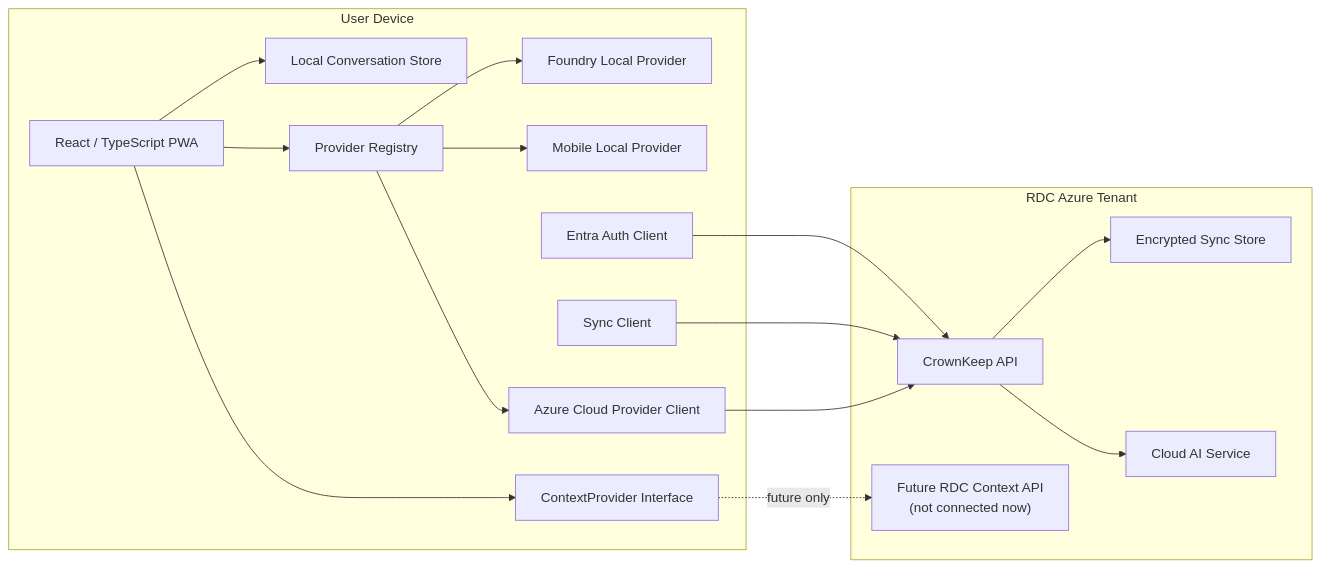
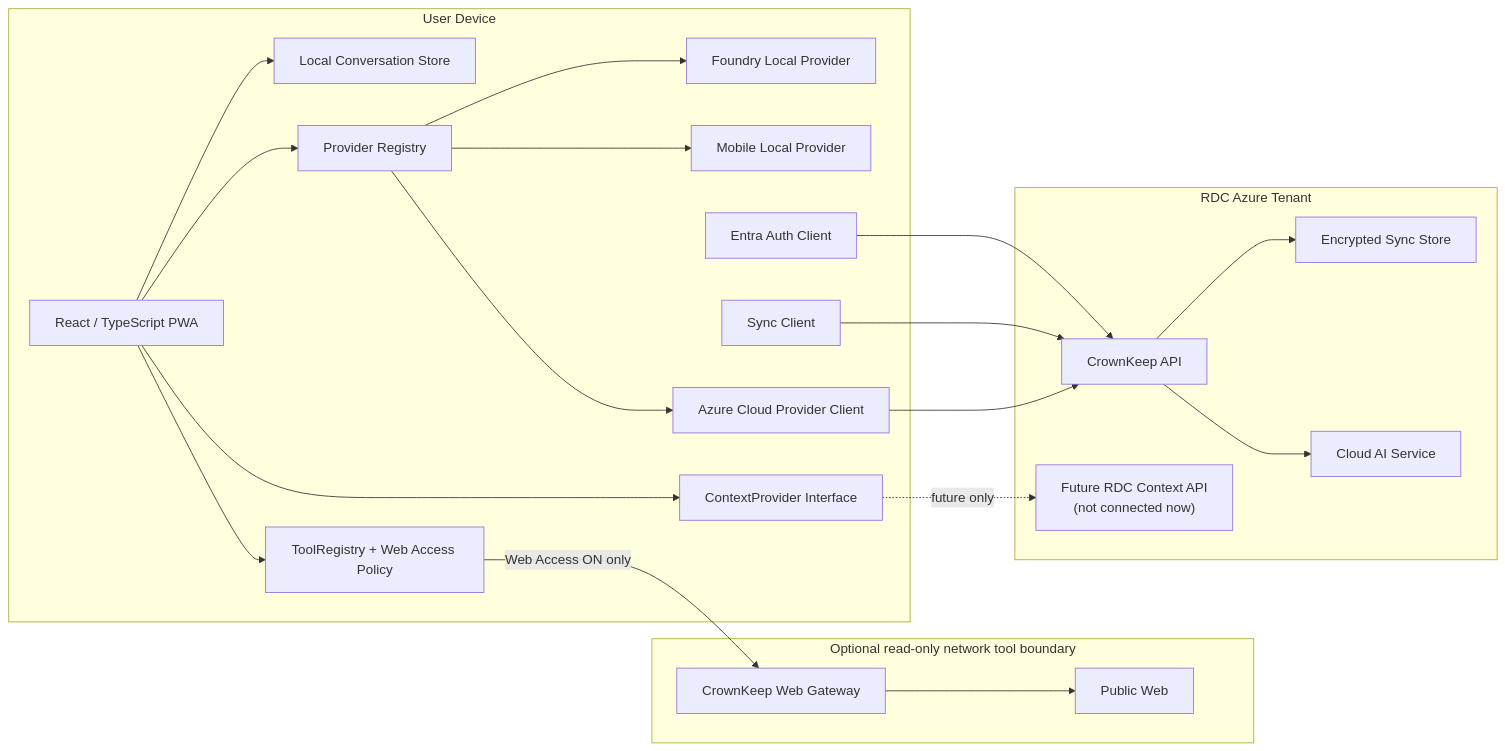
Before and after one commit to dakROLO/rdc-ai: the diagram in docs/ARCHITECTURE.md, drawn with Mermaid. The commit also changed other lines of this file, not shown here.

Commit message:
Document provider-neutral Web Access architecture

````diff
--- a/docs/ARCHITECTURE.md
+++ b/docs/ARCHITECTURE.md
@@ -5,36 +5,45 @@
 ```mermaid
 flowchart LR
     subgraph Device["User Device"]
         UI["React / TypeScript PWA"]
         DB["Local Conversation Store"]
         PR["Provider Registry"]
         FL["Foundry Local Provider"]
         WL["Mobile Local Provider"]
         AF["Azure Cloud Provider Client"]
         SY["Sync Client"]
         AU["Entra Auth Client"]
         CP["ContextProvider Interface"]
+        TR["ToolRegistry + Web Access Policy"]
+    end
+
+    subgraph WebBoundary["Optional read-only network tool boundary"]
+        WG["CrownKeep Web Gateway"]
+        WEB["Public Web"]
     end
 
     subgraph Azure["RDC Azure Tenant"]
         API["CrownKeep API"]
         SS["Encrypted Sync Store"]
         CAI["Cloud AI Service"]
         FCTX["Future RDC Context API\n(not connected now)"]
     end
 
     UI --> DB
     UI --> PR
     PR --> FL
     PR --> WL
     PR --> AF
     UI --> CP
+    UI --> TR
+    TR -->|Web Access ON only| WG
+    WG --> WEB
 
     AU --> API
     SY --> API
     AF --> API
     API --> SS
     API --> CAI
 
     CP -. future only .-> FCTX
 ```
````
